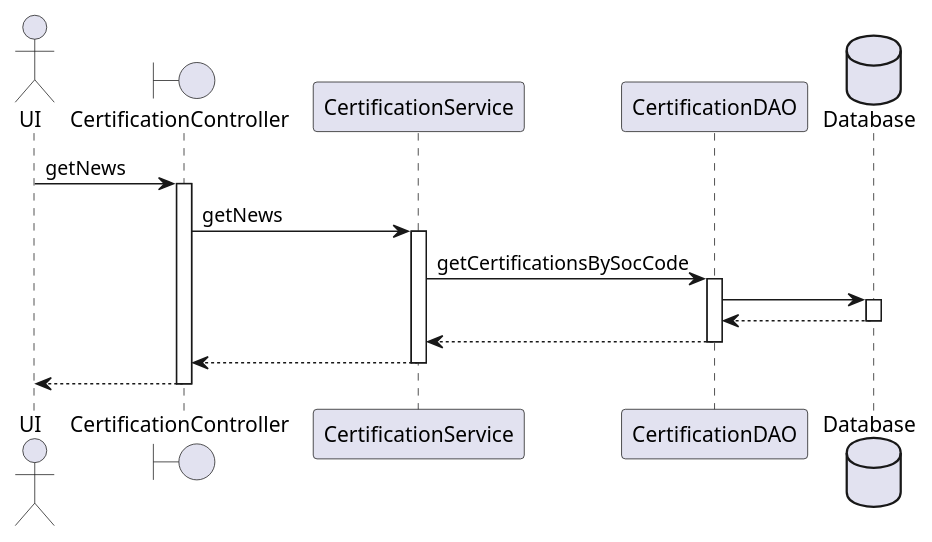
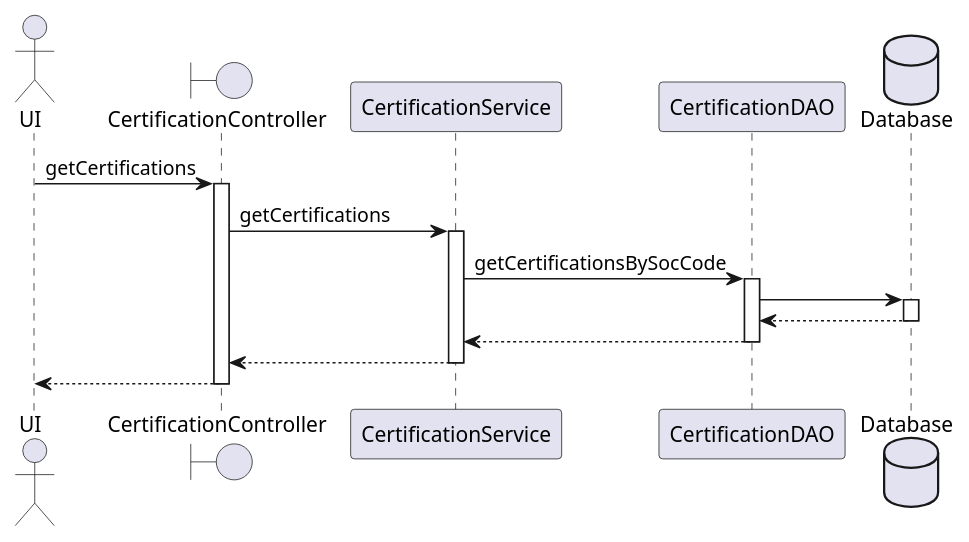
The diagram in diagrams/CertificationController-getCertifications-sequence.puml (stavik31/Citizen-Centric-Human-Resource-Mangement-System), drawn with PlantUML before and after one commit. The commit also changed 6 other files, not shown here.

```diff
--- a/diagrams/CertificationController-getCertifications-sequence.puml
+++ b/diagrams/CertificationController-getCertifications-sequence.puml
@@ -1,20 +1,20 @@
 @startuml
 
 autoactivate on
 
 actor UI
 boundary CertificationController
 participant CertificationService
 participant CertificationDAO
 database Database
 
-UI -> CertificationController : getNews
-CertificationController -> CertificationService : getNews
+UI -> CertificationController : getCertifications
+CertificationController -> CertificationService : getCertifications
 CertificationService -> CertificationDAO : getCertificationsBySocCode
 CertificationDAO -> Database
 return
 return
 return
 return
 
 @enduml
```
